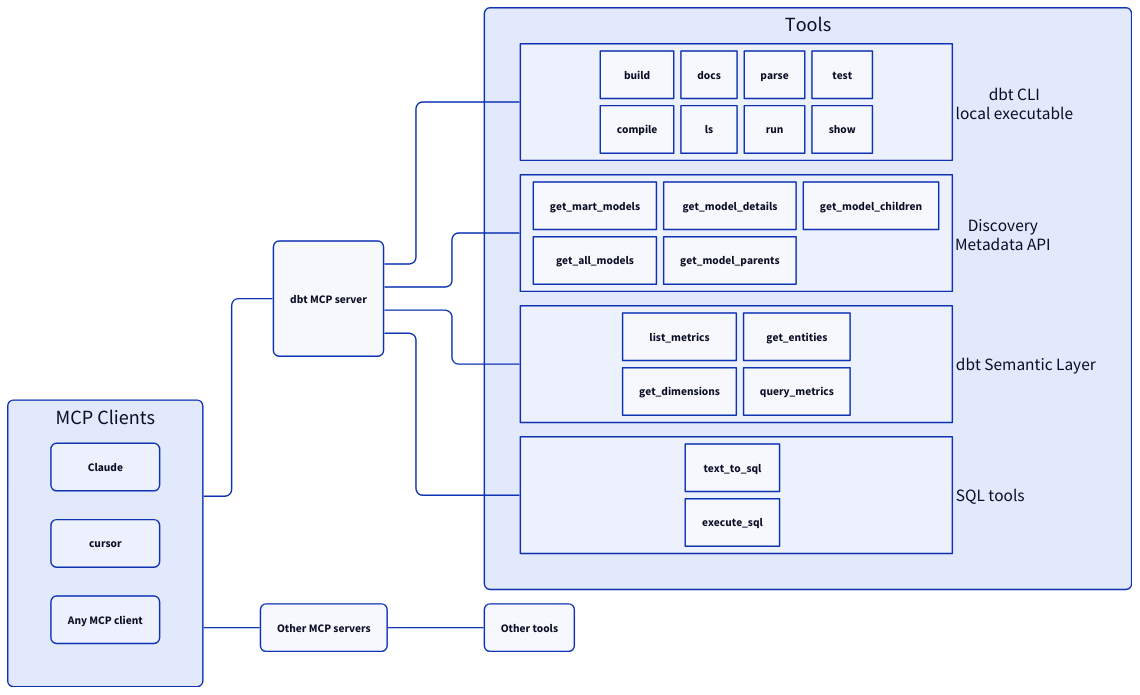
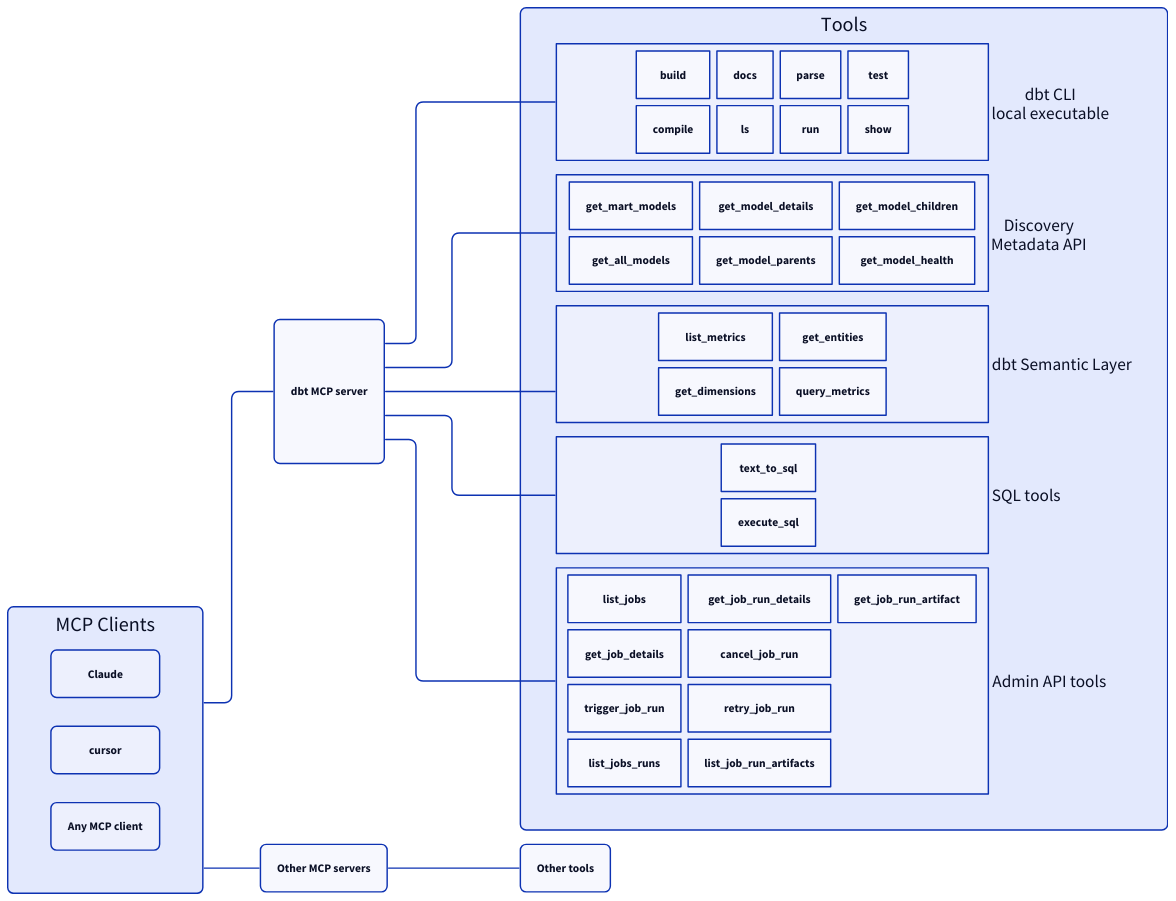
One commit to sergioserge/dbt-mcp-example changed the diagram in docs/diagram.d2. Above: the diagram before and after it, drawn with D2. The commit also changed 4 other files, not shown here.

Commit message:
Update README with Admin tools (#293)

```diff
--- a/docs/diagram.d2
+++ b/docs/diagram.d2
@@ -1,78 +1,101 @@
 vars: {
   d2-config: {
     layout-engine: elk
   }
 }
 
 direction: right
 *.style.border-radius: 8
 
 classes: {
   container: {
     grid-columns: 2
     grid-rows: 2
+    grid-gap: 10
+    width: 600
+    *.style.border-radius: 8
+  }
+
+  big-container: {
+    grid-columns: 2
+    grid-rows: 4
     grid-gap: 10
     width: 600
     *.style.border-radius: 8
   }
 }
 
 mcp: dbt MCP server
 
 tools: Tools {
   cli: dbt CLI\nlocal executable {
     label.near: outside-right-center
     class: container
     build
     compile
     docs
     ls
     parse
     run
     test
     show
   }
 
   discovery: Discovery\nMetadata API {
     label.near: outside-right-center
     class: container
     get_mart_models
     get_all_models
     get_model_details
     get_model_parents
     get_model_children
+    get_model_health
   }
 
   sl: dbt Semantic Layer {
     label.near: outside-right-center
     class: container
     list_metrics
     get_dimensions
     get_entities
     query_metrics
   }
 
   sql: SQL tools {
     label.near: outside-right-center
     class: container
     text_to_sql
     execute_sql
+  }
+
+  admin: Admin API tools {
+    label.near: outside-right-center
+    class: big-container
+    list_jobs
+    get_job_details
+    trigger_job_run
+    list_jobs_runs
+    get_job_run_details
+    cancel_job_run
+    retry_job_run
+    list_job_run_artifacts
+    get_job_run_artifact
   }
 }
 
 mcp -- tools.*
 
 clients: MCP Clients {
   grid-columns: 1
   *.style.border-radius: 8
   Claude
   cursor
   mcp_clients: Any MCP client
 }
 
 other_mcp: Other MCP servers
 other_tools: Other tools
 
 clients -- mcp
 clients -- other_mcp
 other_mcp -- other_tools
```
